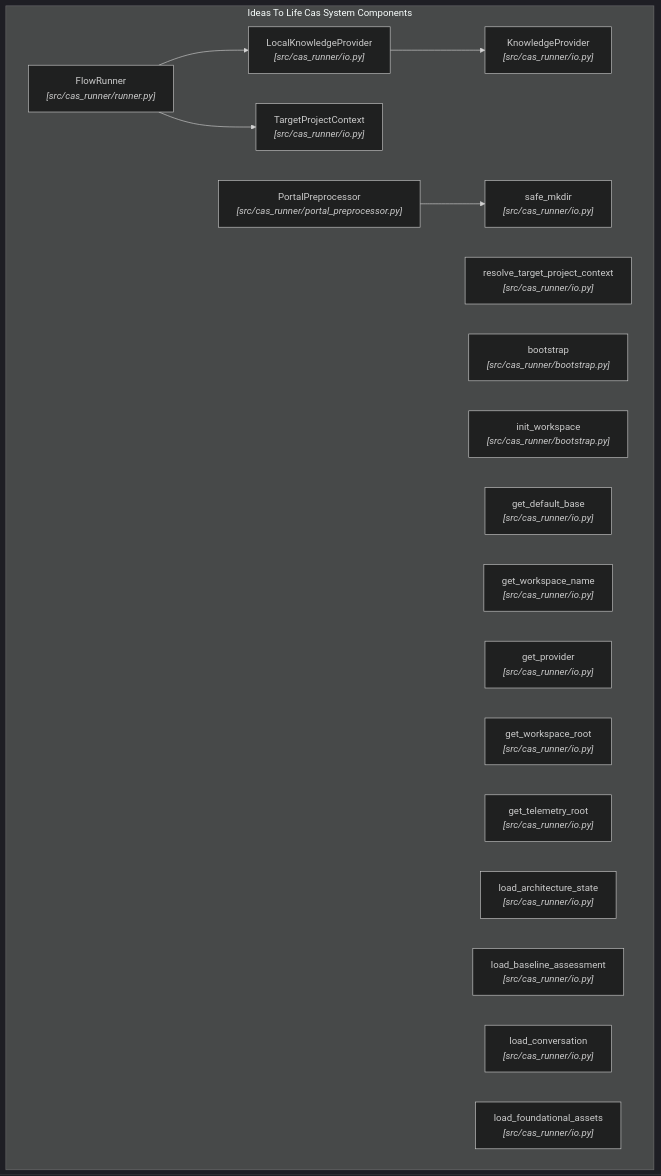
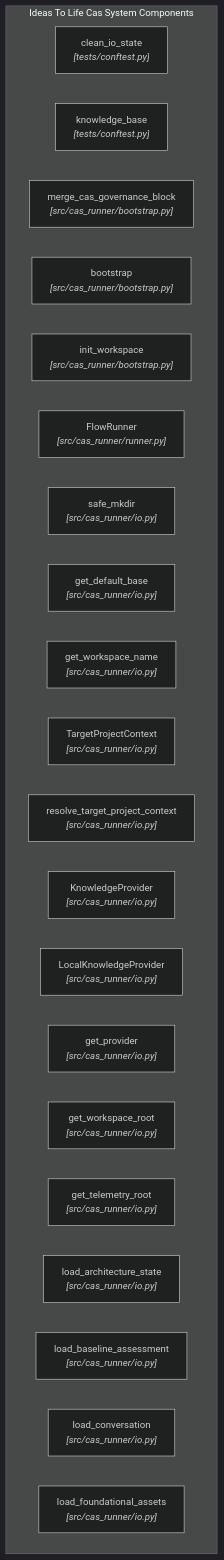
One commit to cas-governance-portal/cas-governance-portal.github.io changed the diagram in projects/ideas-to-life-cas/architecture-state/diagrams/components.mmd. Above: the diagram before and after it, drawn with Mermaid (dark theme). The commit also changed other lines of this file and 27 other files, not shown here.

```diff
--- a/projects/ideas-to-life-cas/architecture-state/diagrams/components.mmd
+++ b/projects/ideas-to-life-cas/architecture-state/diagrams/components.mmd
@@ -1,25 +1,23 @@
 flowchart TD
     subgraph Components["Ideas To Life Cas System Components"]
-        comp_flowrunner["FlowRunner<br/><i>[src/cas_runner/runner.py]</i>"]
-        comp_knowledgeprovider["KnowledgeProvider<br/><i>[src/cas_runner/io.py]</i>"]
-        comp_localknowledgeprovider["LocalKnowledgeProvider<br/><i>[src/cas_runner/io.py]</i>"]
-        comp_targetprojectcontext["TargetProjectContext<br/><i>[src/cas_runner/io.py]</i>"]
-        comp_resolve_target_project_context["resolve_target_project_context<br/><i>[src/cas_runner/io.py]</i>"]
+        comp_clean_io_state["clean_io_state<br/><i>[tests/conftest.py]</i>"]
+        comp_knowledge_base["knowledge_base<br/><i>[tests/conftest.py]</i>"]
+        comp_merge_cas_governance_block["merge_cas_governance_block<br/><i>[src/cas_runner/bootstrap.py]</i>"]
         comp_bootstrap["bootstrap<br/><i>[src/cas_runner/bootstrap.py]</i>"]
         comp_init_workspace["init_workspace<br/><i>[src/cas_runner/bootstrap.py]</i>"]
+        comp_flowrunner["FlowRunner<br/><i>[src/cas_runner/runner.py]</i>"]
         comp_safe_mkdir["safe_mkdir<br/><i>[src/cas_runner/io.py]</i>"]
         comp_get_default_base["get_default_base<br/><i>[src/cas_runner/io.py]</i>"]
         comp_get_workspace_name["get_workspace_name<br/><i>[src/cas_runner/io.py]</i>"]
+        comp_targetprojectcontext["TargetProjectContext<br/><i>[src/cas_runner/io.py]</i>"]
+        comp_resolve_target_project_context["resolve_target_project_context<br/><i>[src/cas_runner/io.py]</i>"]
+        comp_knowledgeprovider["KnowledgeProvider<br/><i>[src/cas_runner/io.py]</i>"]
+        comp_localknowledgeprovider["LocalKnowledgeProvider<br/><i>[src/cas_runner/io.py]</i>"]
         comp_get_provider["get_provider<br/><i>[src/cas_runner/io.py]</i>"]
         comp_get_workspace_root["get_workspace_root<br/><i>[src/cas_runner/io.py]</i>"]
         comp_get_telemetry_root["get_telemetry_root<br/><i>[src/cas_runner/io.py]</i>"]
         comp_load_architecture_state["load_architecture_state<br/><i>[src/cas_runner/io.py]</i>"]
         comp_load_baseline_assessment["load_baseline_assessment<br/><i>[src/cas_runner/io.py]</i>"]
         comp_load_conversation["load_conversation<br/><i>[src/cas_runner/io.py]</i>"]
         comp_load_foundational_assets["load_foundational_assets<br/><i>[src/cas_runner/io.py]</i>"]
-        comp_portal_preprocessor["PortalPreprocessor<br/><i>[src/cas_runner/portal_preprocessor.py]</i>"]
     end
-    comp_flowrunner --> comp_localknowledgeprovider
-    comp_flowrunner --> comp_targetprojectcontext
-    comp_localknowledgeprovider --> comp_knowledgeprovider
-    comp_portal_preprocessor --> comp_safe_mkdir
```
